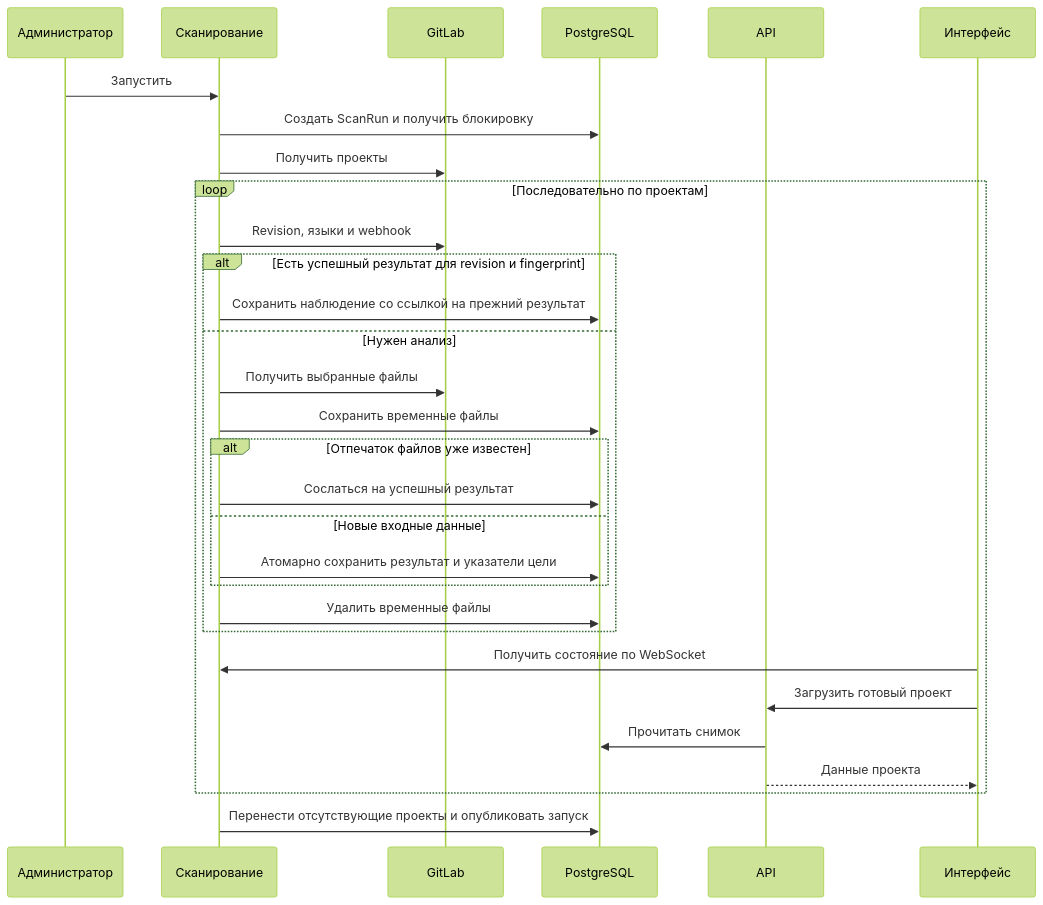
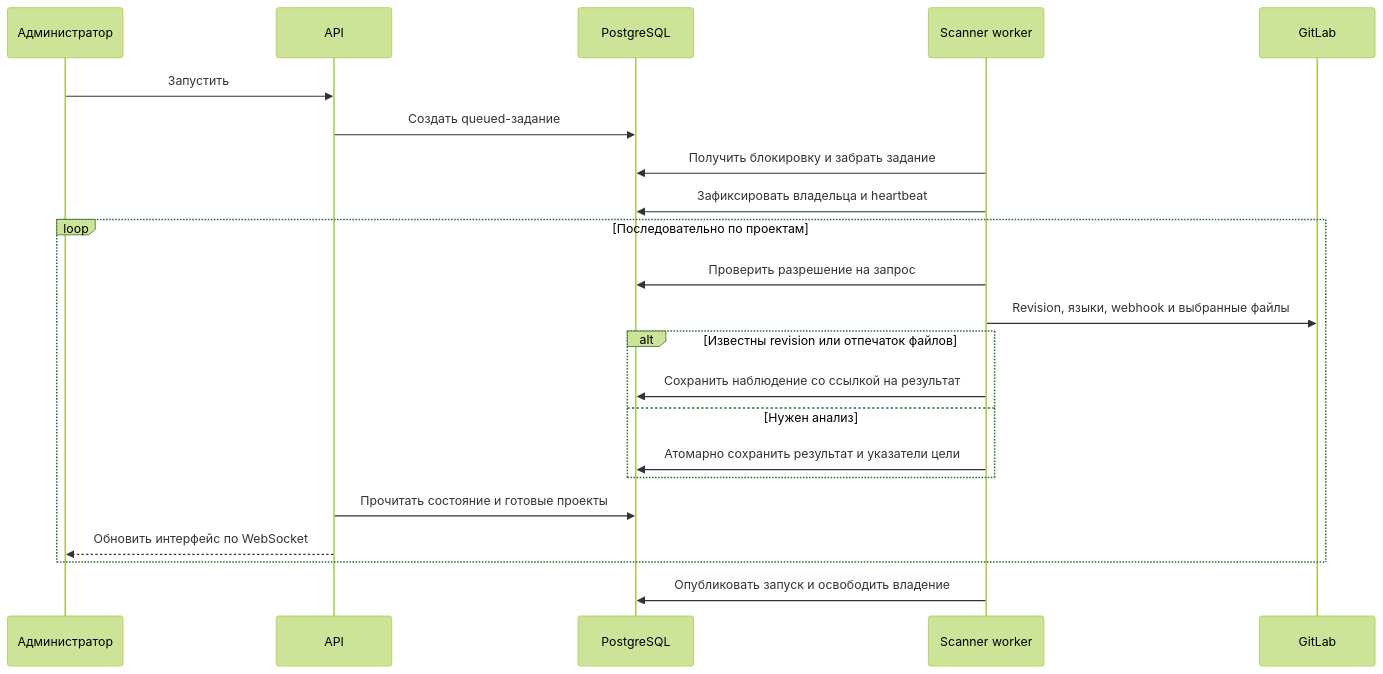
The diagram in docs/scanning.md (valentin-korneev/gitlab-radar), drawn with Mermaid (forest theme) before and after one commit. The commit also changed other lines of this file and 36 other files, not shown here.

````diff
--- a/docs/scanning.md
+++ b/docs/scanning.md
@@ -13,32 +14,24 @@
 ```mermaid
 sequenceDiagram
     participant A as Администратор
-    participant S as Сканирование
+    participant W as API
+    participant D as PostgreSQL
+    participant S as Scanner worker
     participant G as GitLab
-    participant D as PostgreSQL
-    participant W as API
-    participant U as Интерфейс
-    A->>S: Запустить
-    S->>D: Создать ScanRun и получить блокировку
-    S->>G: Получить проекты
+    A->>W: Запустить
+    W->>D: Создать queued-задание
+    S->>D: Получить блокировку и забрать задание
+    S->>D: Зафиксировать владельца и heartbeat
     loop Последовательно по проектам
-        S->>G: Revision, языки и webhook
-        alt Есть успешный результат для revision и fingerprint
-            S->>D: Сохранить наблюдение со ссылкой на прежний результат
+        S->>D: Проверить разрешение на запрос
+        S->>G: Revision, языки, webhook и выбранные файлы
+        alt Известны revision или отпечаток файлов
+            S->>D: Сохранить наблюдение со ссылкой на результат
         else Нужен анализ
-            S->>G: Получить выбранные файлы
-            S->>D: Сохранить временные файлы
-            alt Отпечаток файлов уже известен
-                S->>D: Сослаться на успешный результат
-            else Новые входные данные
-                S->>D: Атомарно сохранить результат и указатели цели
-            end
-            S->>D: Удалить временные файлы
+            S->>D: Атомарно сохранить результат и указатели цели
         end
-        U->>S: Получить состояние по WebSocket
-        U->>W: Загрузить готовый проект
-        W->>D: Прочитать снимок
-        W-->>U: Данные проекта
+        W->>D: Прочитать состояние и готовые проекты
+        W-->>A: Обновить интерфейс по WebSocket
     end
-    S->>D: Перенести отсутствующие проекты и опубликовать запуск
+    S->>D: Опубликовать запуск и освободить владение
 ```
````
